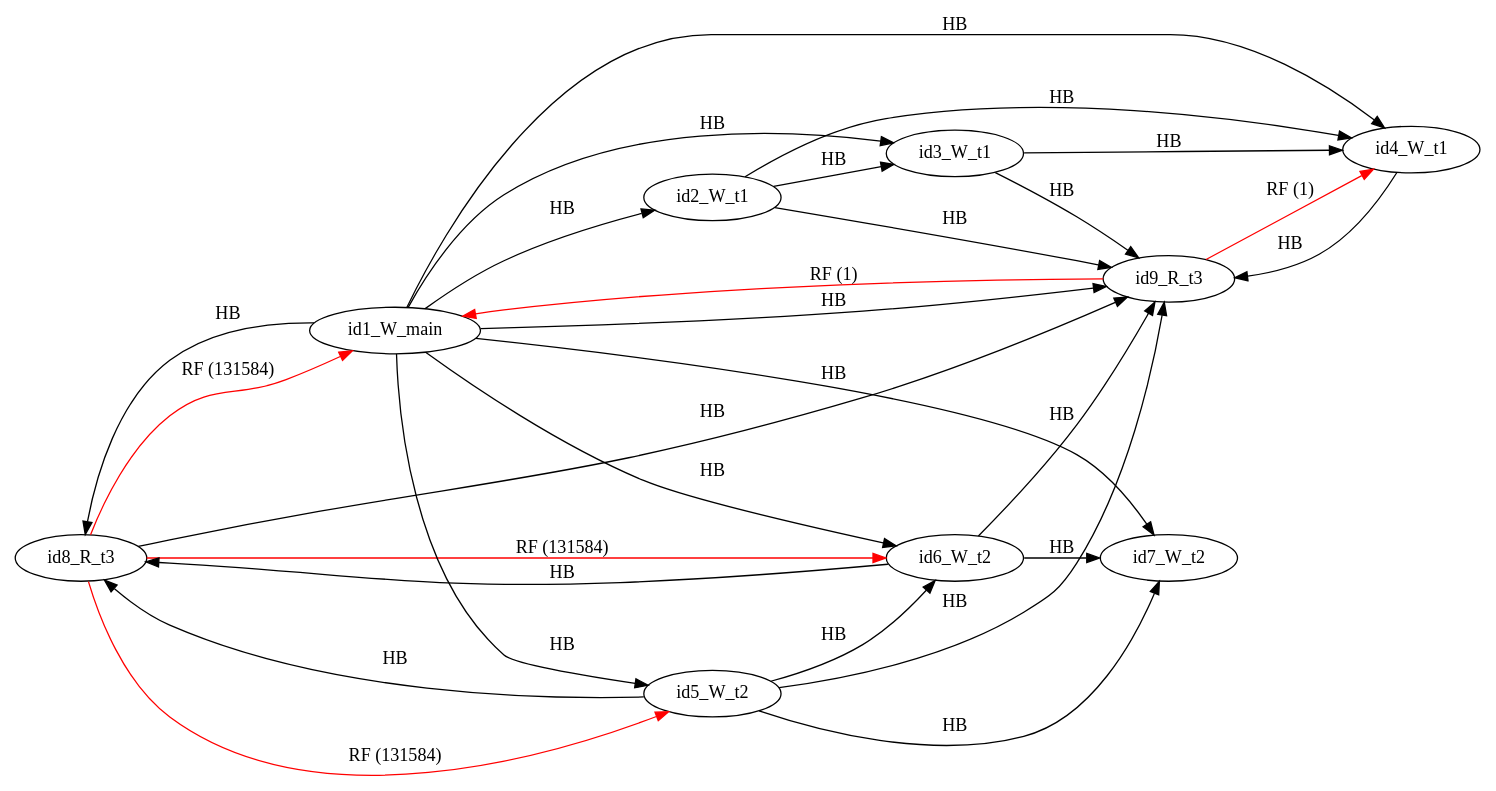
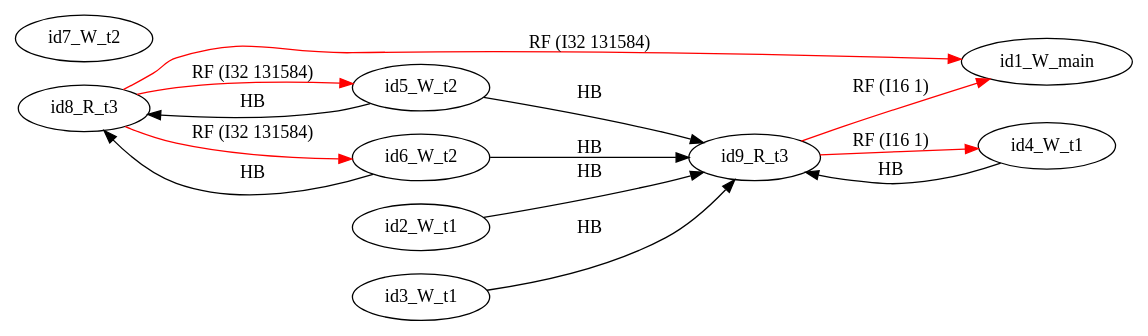
The diagram in examples/single_var/sv_simple19/mm14.dot (FMJS/EMME), drawn with Graphviz before and after one commit. The commit also changed 241 other files, not shown here.

```diff
--- a/examples/single_var/sv_simple19/mm14.dot
+++ b/examples/single_var/sv_simple19/mm14.dot
@@ -1,40 +1,25 @@
 digraph memory_model {
 rankdir=LR;
 splines=true; esep=0.5;
-id8_R_t3 -> id1_W_main [label = "RF (131584)", color="red"];
-id8_R_t3 -> id5_W_t2 [label = "RF (131584)", color="red"];
-id8_R_t3 -> id6_W_t2 [label = "RF (131584)", color="red"];
-id9_R_t3 -> id1_W_main [label = "RF (1)", color="red"];
-id9_R_t3 -> id4_W_t1 [label = "RF (1)", color="red"];
-id2_W_t1 -> id3_W_t1 [label = "HB", color="black"];
-id2_W_t1 -> id4_W_t1 [label = "HB", color="black"];
-id3_W_t1 -> id4_W_t1 [label = "HB", color="black"];
-id5_W_t2 -> id6_W_t2 [label = "HB", color="black"];
-id5_W_t2 -> id7_W_t2 [label = "HB", color="black"];
-id6_W_t2 -> id7_W_t2 [label = "HB", color="black"];
-id8_R_t3 -> id9_R_t3 [label = "HB", color="black"];
-id1_W_main -> id2_W_t1 [label = "HB", color="black"];
-id1_W_main -> id3_W_t1 [label = "HB", color="black"];
-id1_W_main -> id4_W_t1 [label = "HB", color="black"];
-id1_W_main -> id5_W_t2 [label = "HB", color="black"];
-id1_W_main -> id6_W_t2 [label = "HB", color="black"];
-id1_W_main -> id7_W_t2 [label = "HB", color="black"];
-id1_W_main -> id8_R_t3 [label = "HB", color="black"];
-id1_W_main -> id9_R_t3 [label = "HB", color="black"];
+id8_R_t3 -> id1_W_main [label = "RF (I32 131584)", color="red"];
+id8_R_t3 -> id5_W_t2 [label = "RF (I32 131584)", color="red"];
+id8_R_t3 -> id6_W_t2 [label = "RF (I32 131584)", color="red"];
+id9_R_t3 -> id1_W_main [label = "RF (I16 1)", color="red"];
+id9_R_t3 -> id4_W_t1 [label = "RF (I16 1)", color="red"];
 id2_W_t1 -> id9_R_t3 [label = "HB", color="black"];
 id3_W_t1 -> id9_R_t3 [label = "HB", color="black"];
 id4_W_t1 -> id9_R_t3 [label = "HB", color="black"];
 id5_W_t2 -> id8_R_t3 [label = "HB", color="black"];
 id5_W_t2 -> id9_R_t3 [label = "HB", color="black"];
 id6_W_t2 -> id8_R_t3 [label = "HB", color="black"];
 id6_W_t2 -> id9_R_t3 [label = "HB", color="black"];
 id1_W_main [pos="5.0,6!"]
 id2_W_t1 [pos="0,4!"]
 id3_W_t1 [pos="0,2!"]
 id4_W_t1 [pos="0,0!"]
 id5_W_t2 [pos="5,4!"]
 id6_W_t2 [pos="5,2!"]
 id7_W_t2 [pos="5,0!"]
 id8_R_t3 [pos="10,4!"]
 id9_R_t3 [pos="10,2!"]
 }
```
